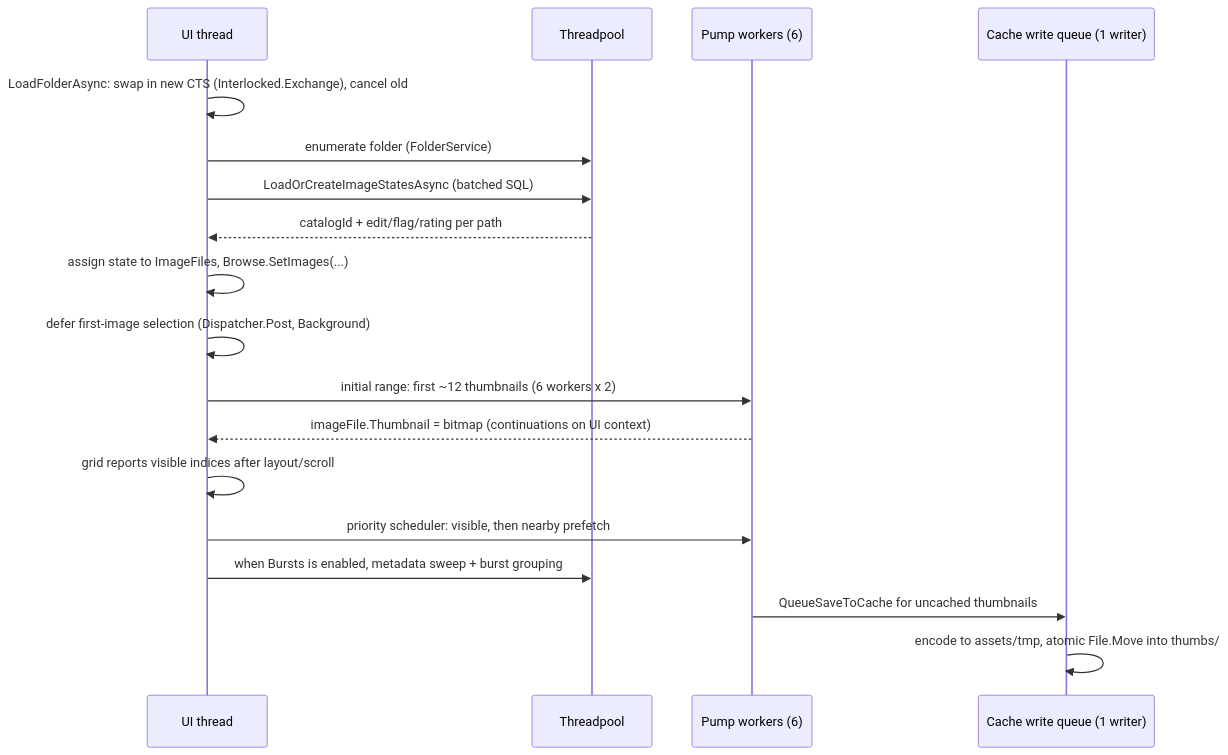
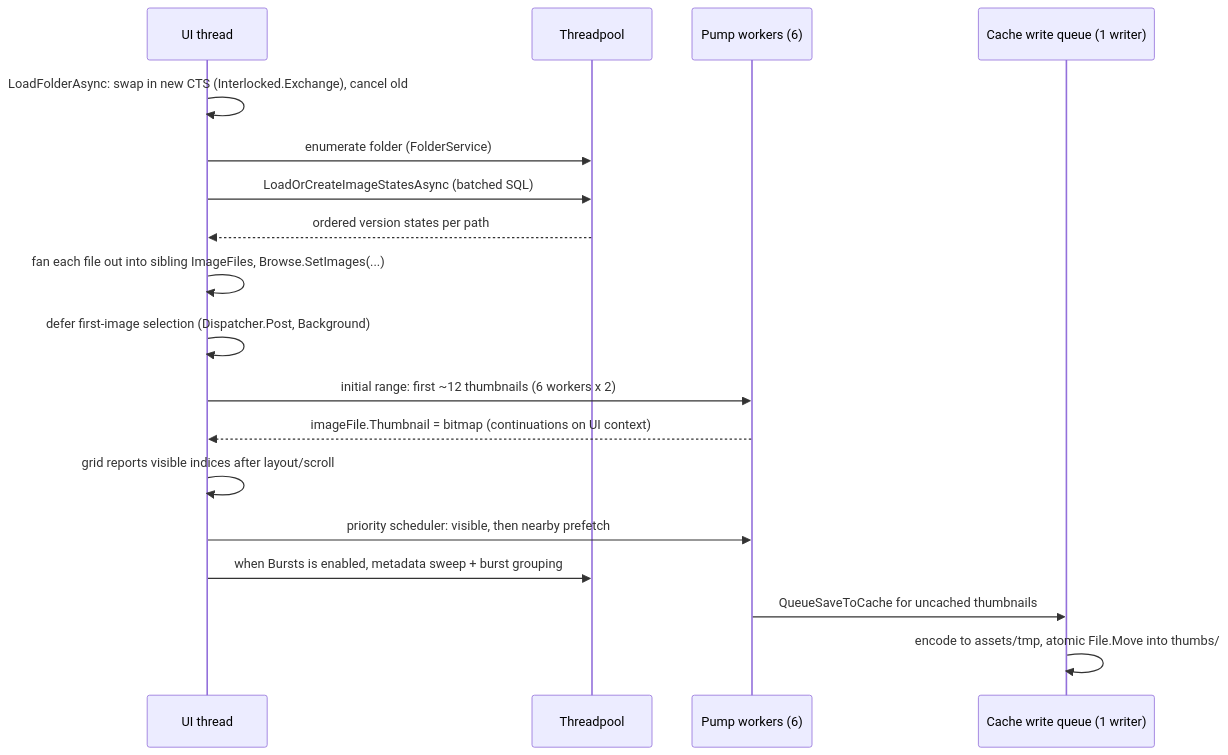
One commit to seasalim/happy-photon changed the diagram in docs/ARCHITECTURE.md. Above: the diagram before and after it, drawn with Mermaid. The commit also changed other lines of this file and 70 other files, not shown here.

````diff
--- a/docs/ARCHITECTURE.md
+++ b/docs/ARCHITECTURE.md
@@ -342,21 +346,21 @@
 ```mermaid
 sequenceDiagram
     participant UI as UI thread
     participant TP as Threadpool
     participant W as Pump workers (6)
     participant Q as Cache write queue (1 writer)
 
     UI->>UI: LoadFolderAsync: swap in new CTS (Interlocked.Exchange), cancel old
     UI->>TP: enumerate folder (FolderService)
     UI->>TP: LoadOrCreateImageStatesAsync (batched SQL)
-    TP-->>UI: catalogId + edit/flag/rating per path
-    UI->>UI: assign state to ImageFiles, Browse.SetImages(...)
+    TP-->>UI: ordered version states per path
+    UI->>UI: fan each file out into sibling ImageFiles, Browse.SetImages(...)
     UI->>UI: defer first-image selection (Dispatcher.Post, Background)
     UI->>W: initial range: first ~12 thumbnails (6 workers x 2)
     W-->>UI: imageFile.Thumbnail = bitmap (continuations on UI context)
     UI->>UI: grid reports visible indices after layout/scroll
     UI->>W: priority scheduler: visible, then nearby prefetch
     UI->>TP: when Bursts is enabled, metadata sweep + burst grouping
     W->>Q: QueueSaveToCache for uncached thumbnails
     Q->>Q: encode to assets/tmp, atomic File.Move into thumbs/
 ```
````
